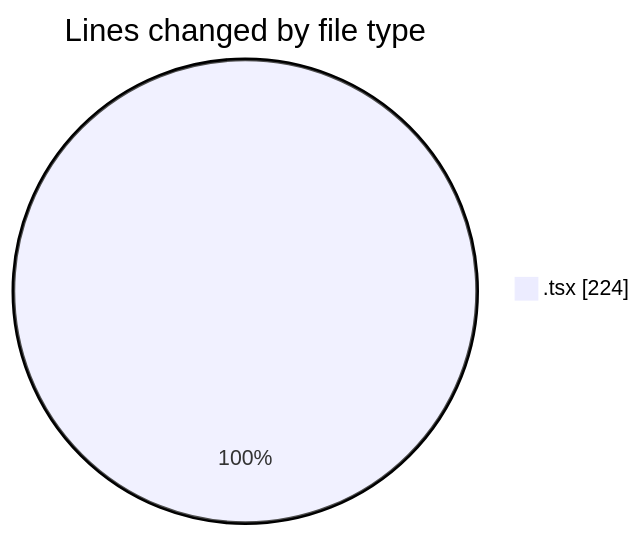
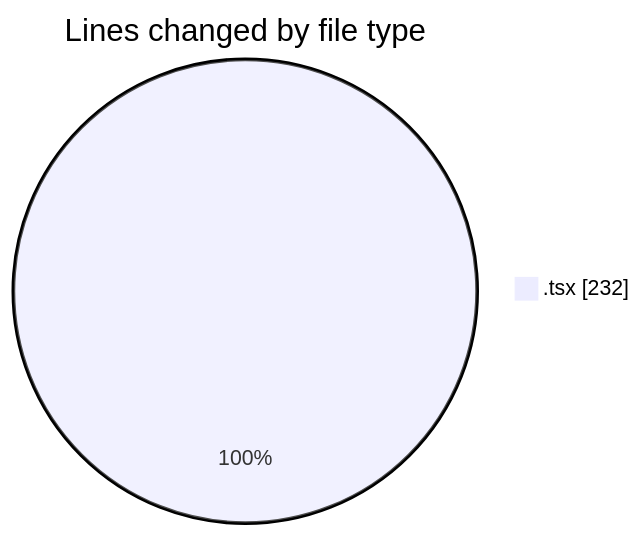
Before and after one commit to robertbonfada/code-tracking: the first of 2 diagrams in 2025-03-04/mbc-web/README.md, drawn with Mermaid. The commit also changed other lines of this file and 1 other file, not shown here.

````diff
--- a/2025-03-04/mbc-web/README.md
+++ b/2025-03-04/mbc-web/README.md
@@ -22,5 +22,5 @@
 ```mermaid
 pie showData
 title Lines changed by file type
-".tsx" : 224
+".tsx" : 232
 ```
````
